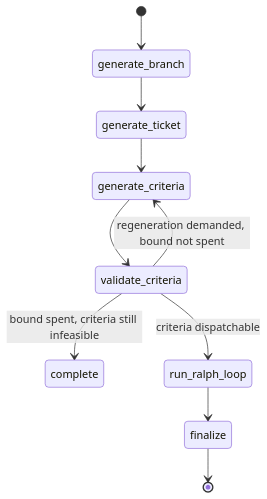
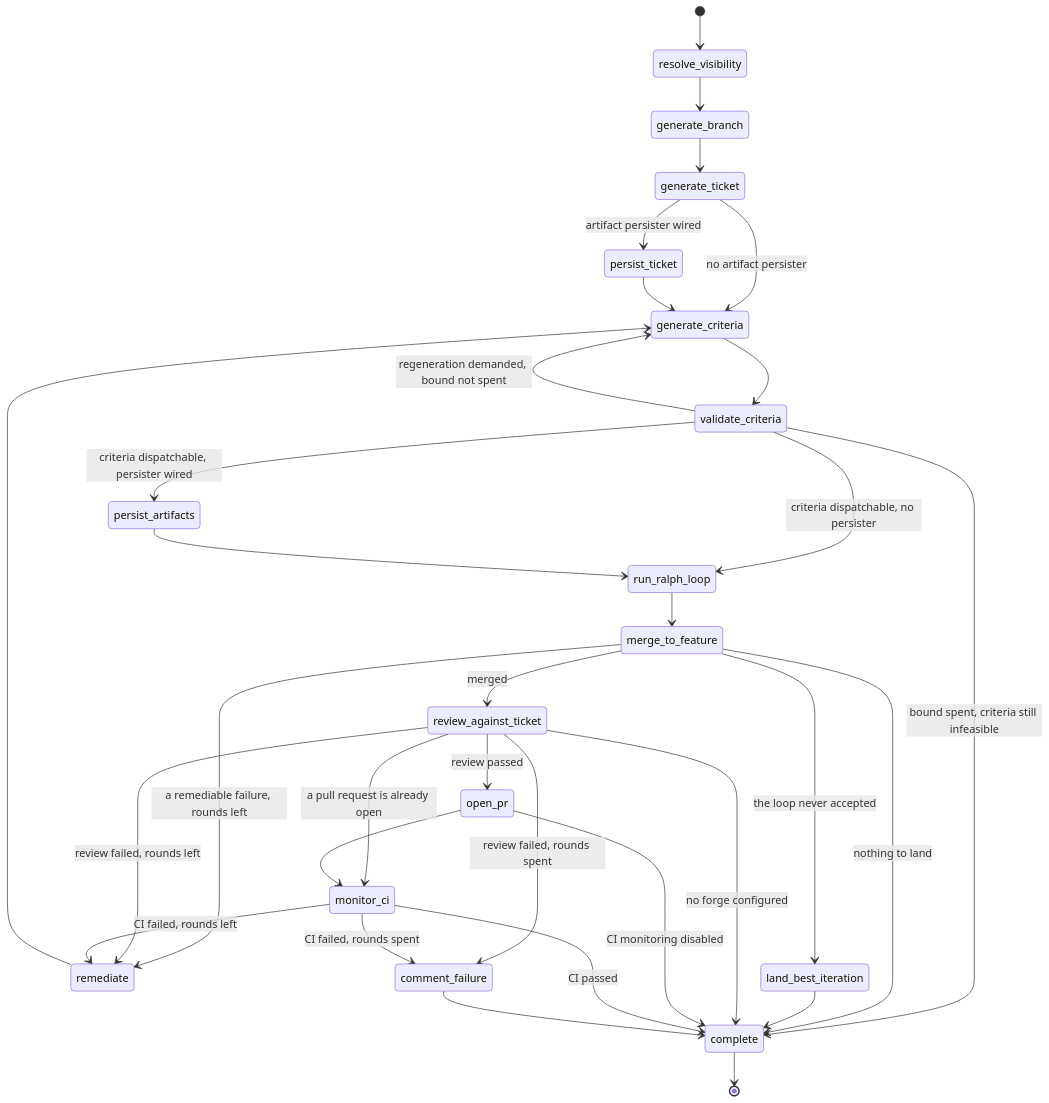
Before and after one commit to YalDan/kodezart: the second of 5 diagrams in docs/architecture.md, drawn with Mermaid. The commit also changed other lines of this file and 314 other files, not shown here.

````diff
--- a/docs/architecture.md
+++ b/docs/architecture.md
@@ -56,12 +82,34 @@
 ```mermaid
 stateDiagram-v2
-    [*] --> generate_branch
+    [*] --> resolve_visibility
+    resolve_visibility --> generate_branch
     generate_branch --> generate_ticket
-    generate_ticket --> generate_criteria
+    generate_ticket --> persist_ticket : artifact persister wired
+    generate_ticket --> generate_criteria : no artifact persister
+    persist_ticket --> generate_criteria
     generate_criteria --> validate_criteria
     validate_criteria --> generate_criteria : regeneration demanded, bound not spent
     validate_criteria --> complete : bound spent, criteria still infeasible
-    validate_criteria --> run_ralph_loop : criteria dispatchable
-    run_ralph_loop --> finalize
-    finalize --> [*]
+    validate_criteria --> persist_artifacts : criteria dispatchable, persister wired
+    validate_criteria --> run_ralph_loop : criteria dispatchable, no persister
+    persist_artifacts --> run_ralph_loop
+    run_ralph_loop --> merge_to_feature
+    merge_to_feature --> review_against_ticket : merged
+    merge_to_feature --> remediate : a remediable failure, rounds left
+    merge_to_feature --> land_best_iteration : the loop never accepted
+    merge_to_feature --> complete : nothing to land
+    land_best_iteration --> complete
+    review_against_ticket --> open_pr : review passed
+    review_against_ticket --> monitor_ci : a pull request is already open
+    review_against_ticket --> remediate : review failed, rounds left
+    review_against_ticket --> comment_failure : review failed, rounds spent
+    review_against_ticket --> complete : no forge configured
+    remediate --> generate_criteria
+    open_pr --> monitor_ci
+    open_pr --> complete : CI monitoring disabled
+    monitor_ci --> complete : CI passed
+    monitor_ci --> remediate : CI failed, rounds left
+    monitor_ci --> comment_failure : CI failed, rounds spent
+    comment_failure --> complete
+    complete --> [*]
 ```
````
